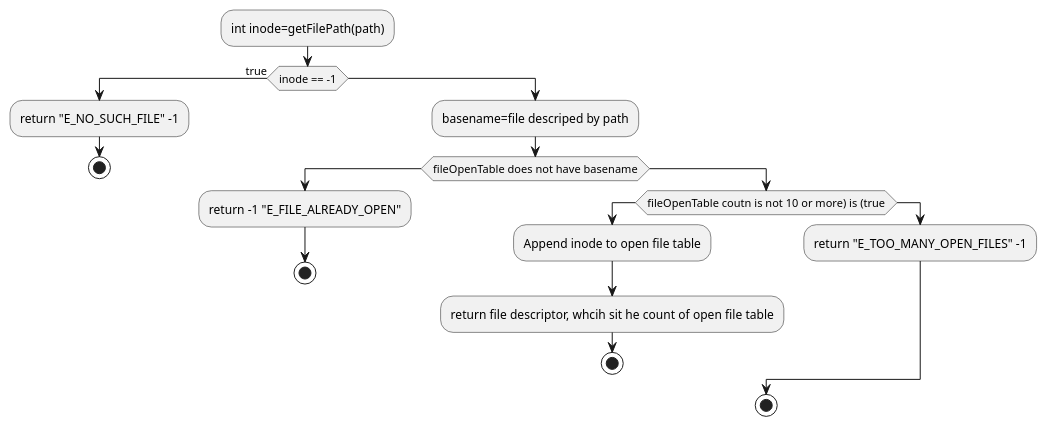
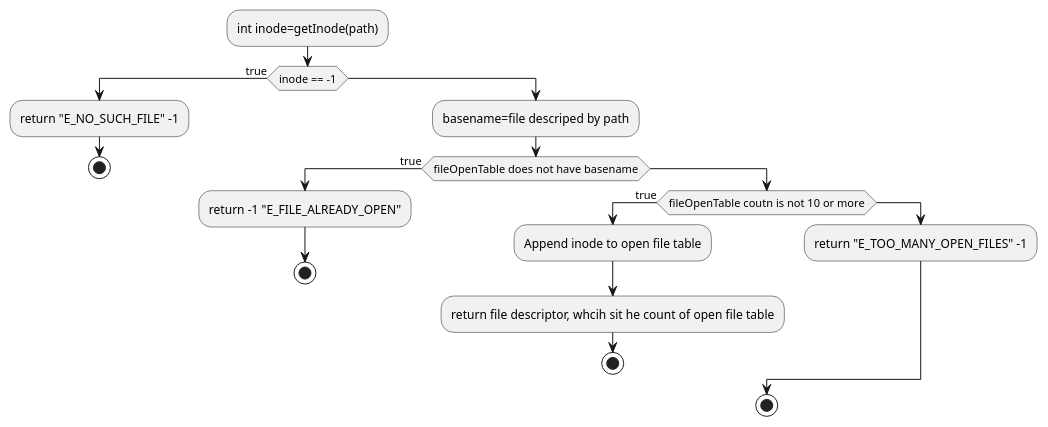
The seventh of 21 diagrams in Plan.org (HawaiinPizza/CIS-450-final-project), drawn with PlantUML before and after one commit. The commit also changed other lines of this file and 26 other files, not shown here.

```diff
--- a/Plan.org
+++ b/Plan.org
@@ -477,24 +412,24 @@
      #+BEGIN_SRC plantuml  :file Plant/FileOpen.png
-	    :int inode=getFilePath(path);
+	    :int inode=getInode(path);
 	    if(inode == -1) then (true)
 		:return "E_NO_SUCH_FILE" -1;
 		stop
 	    else
 		:basename=file descriped by path;
 		    
-		    if(fileOpenTable does not have basename)
+		    if(fileOpenTable does not have basename) then (true)
 			:return -1 "E_FILE_ALREADY_OPEN";
 			stop
 		    else
-			if(fileOpenTable coutn is not 10 or more) is (true)
+			if(fileOpenTable coutn is not 10 or more) then (true)
 				:Append inode to open file table;
 				:return file descriptor, whcih sit he count of open file table;
 				stop
 			else
 			    :return "E_TOO_MANY_OPEN_FILES" -1;
 			endif
 			stop
 		    endif
 	    endif
 	    @enduml
      #+END_SRC
```
